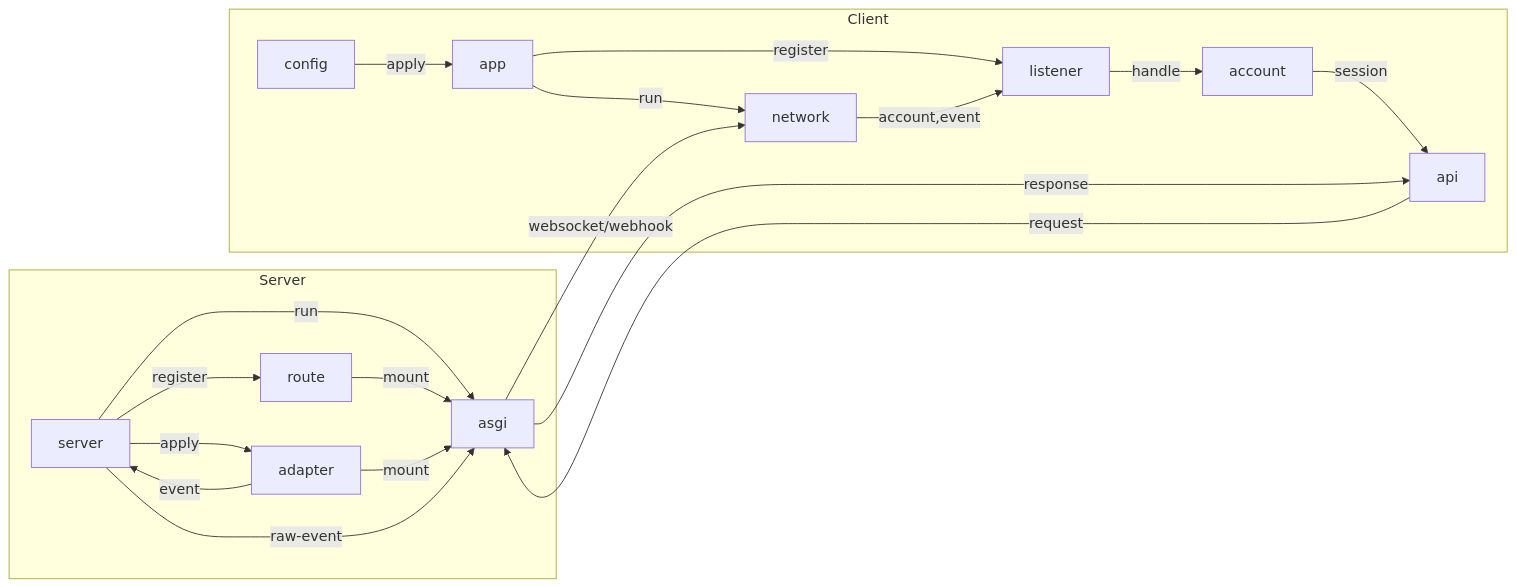
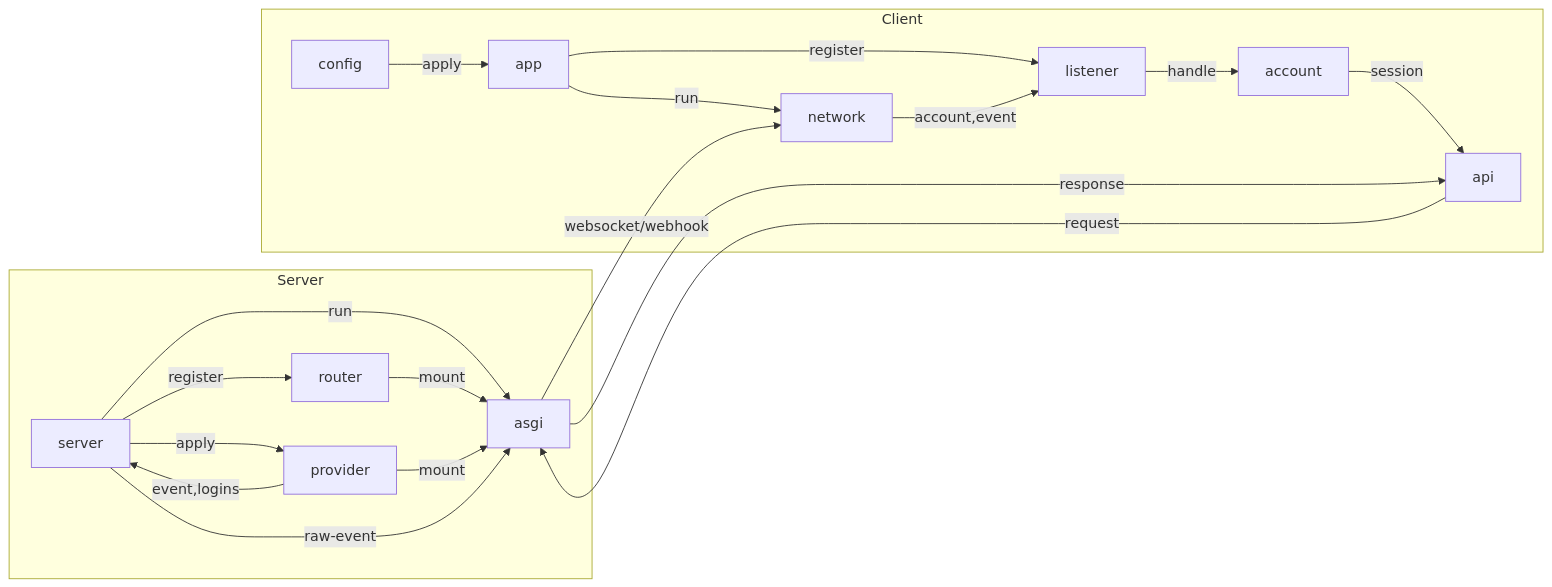
One commit to RF-Tar-Railt/satori-python changed the diagram in README.md. Above: the diagram before and after it, drawn with Mermaid. The commit also changed other lines of this file and 8 other files, not shown here.

````diff
--- a/README.md
+++ b/README.md
@@ -69,18 +70,18 @@
 ```mermaid
 graph LR
     subgraph Server
         server -- run --> asgi
-        server -- register --> route -- mount --> asgi
-        server -- apply --> adapter -- mount  --> asgi
-        adapter -- event --> server
+        server -- register --> router -- mount --> asgi
+        server -- apply --> provider -- mount  --> asgi
+        provider -- event,logins --> server
     end
     subgraph Client
         config -- apply --> app -- run --> network
         app -- register --> listener
         network -- account,event --> listener
         listener -- handle --> account -- session --> api
     end
     
     api -- request --> asgi -- response --> api
     server -- raw-event --> asgi -- websocket/webhook --> network
 ```
````
